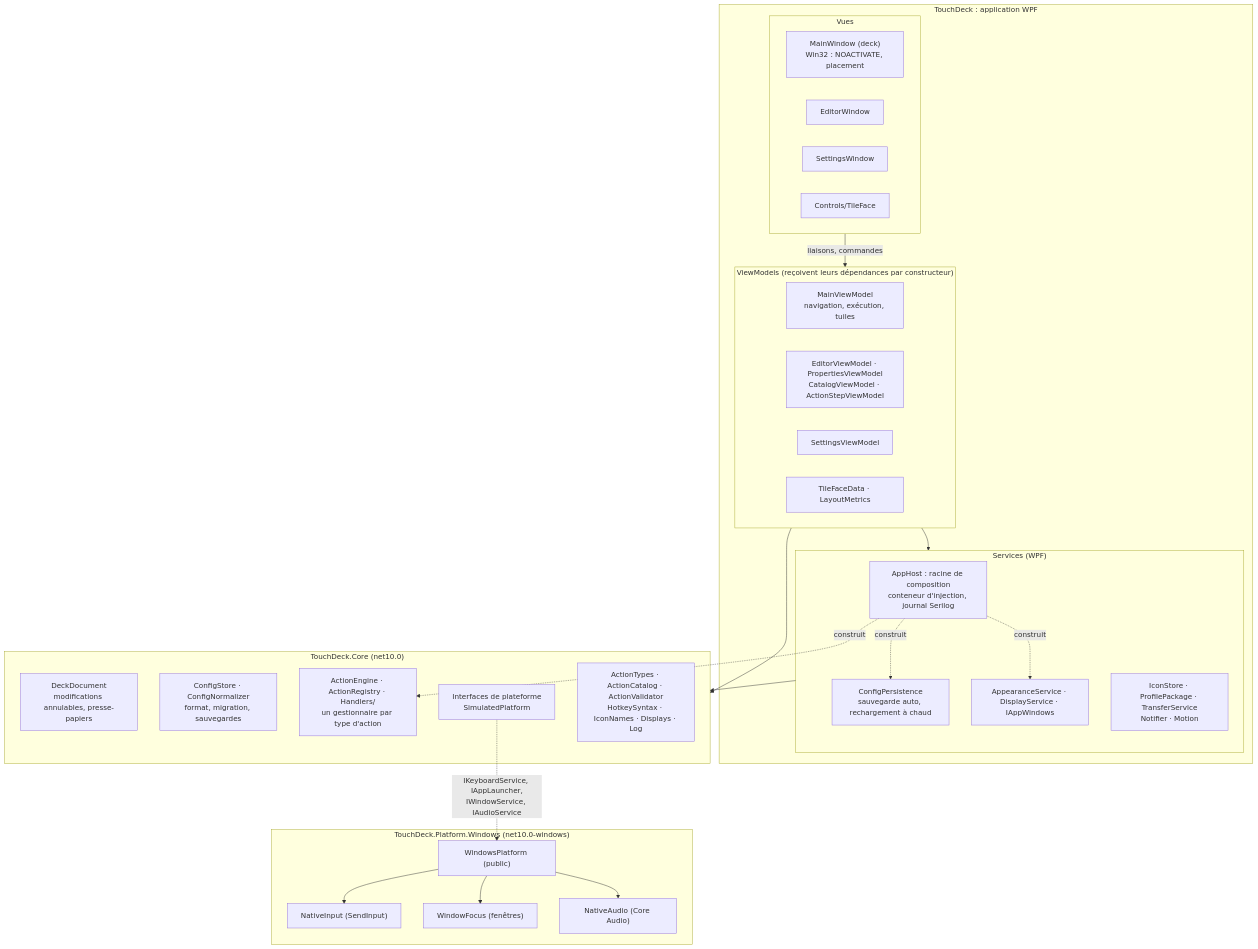
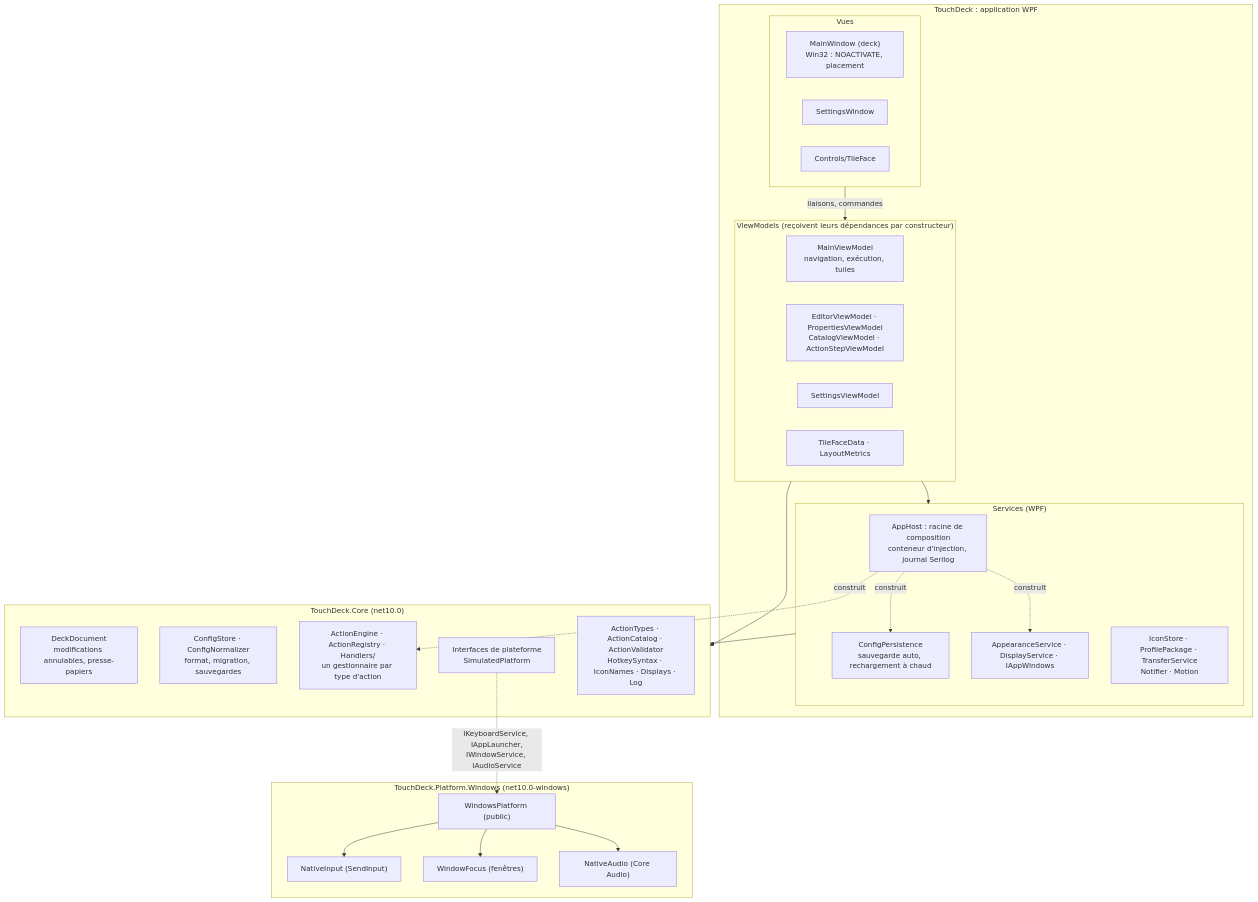
One commit to Dakire/StreamDeck changed the first of 4 diagrams in docs/ARCHITECTURE.md. Above: the diagram before and after it, drawn with Mermaid. The commit also changed other lines of this file and 33 other files, not shown here.

````diff
--- a/docs/ARCHITECTURE.md
+++ b/docs/ARCHITECTURE.md
@@ -13,43 +13,42 @@
 ```mermaid
 flowchart TB
     subgraph App["TouchDeck : application WPF"]
         subgraph Vues["Vues"]
             MW["MainWindow (deck)<br/>Win32 : NOACTIVATE, placement"]
-            EW[EditorWindow]
             SW[SettingsWindow]
             TF[Controls/TileFace]
         end
         subgraph VM["ViewModels (reçoivent leurs dépendances par constructeur)"]
             MVM["MainViewModel<br/>navigation, exécution, tuiles"]
             EVM["EditorViewModel · PropertiesViewModel<br/>CatalogViewModel · ActionStepViewModel"]
             SVM[SettingsViewModel]
             LM["TileFaceData · LayoutMetrics"]
         end
         subgraph Services["Services (WPF)"]
             AH["AppHost : racine de composition<br/>conteneur d'injection, journal Serilog"]
             CP["ConfigPersistence<br/>sauvegarde auto, rechargement à chaud"]
             AP["AppearanceService · DisplayService · IAppWindows"]
             OT["IconStore · ProfilePackage · TransferService<br/>Notifier · Motion"]
         end
     end
     subgraph Core["TouchDeck.Core (net10.0)"]
         DD["DeckDocument<br/>modifications annulables, presse-papiers"]
         CS["ConfigStore · ConfigNormalizer<br/>format, migration, sauvegardes"]
         AE["ActionEngine · ActionRegistry · Handlers/<br/>un gestionnaire par type d'action"]
         PI["Interfaces de plateforme<br/>SimulatedPlatform"]
         UT["ActionTypes · ActionCatalog · ActionValidator<br/>HotkeySyntax · IconNames · Displays · Log"]
     end
     subgraph Win["TouchDeck.Platform.Windows (net10.0-windows)"]
         WP["WindowsPlatform (public)"]
         NI["NativeInput (SendInput)"]
         WF["WindowFocus (fenêtres)"]
         NA["NativeAudio (Core Audio)"]
     end
     Vues -- "liaisons, commandes" --> VM
     VM --> Services
     VM --> Core
     Services --> Core
     AH -. "construit" .-> CP & AP & AE
     PI -. "IKeyboardService, IAppLauncher,<br/>IWindowService, IAudioService" .-> WP
     WP --> NI & WF & NA
 ```
````
